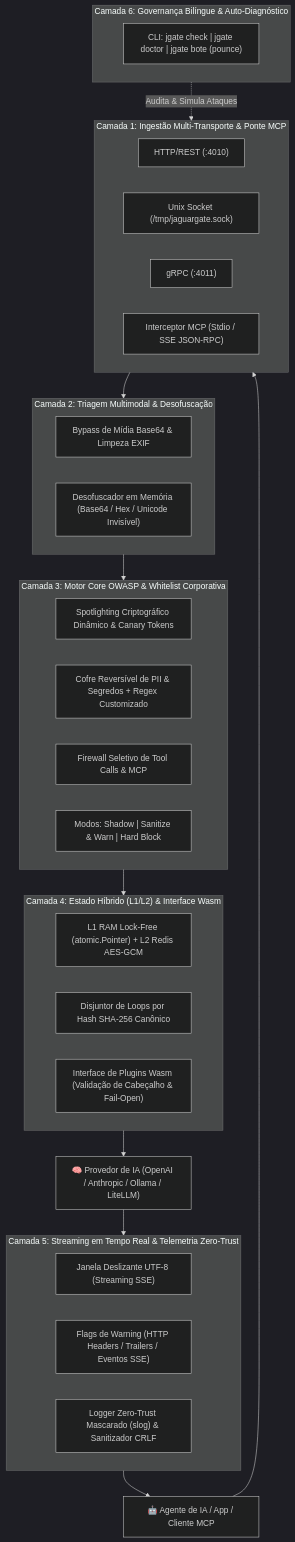
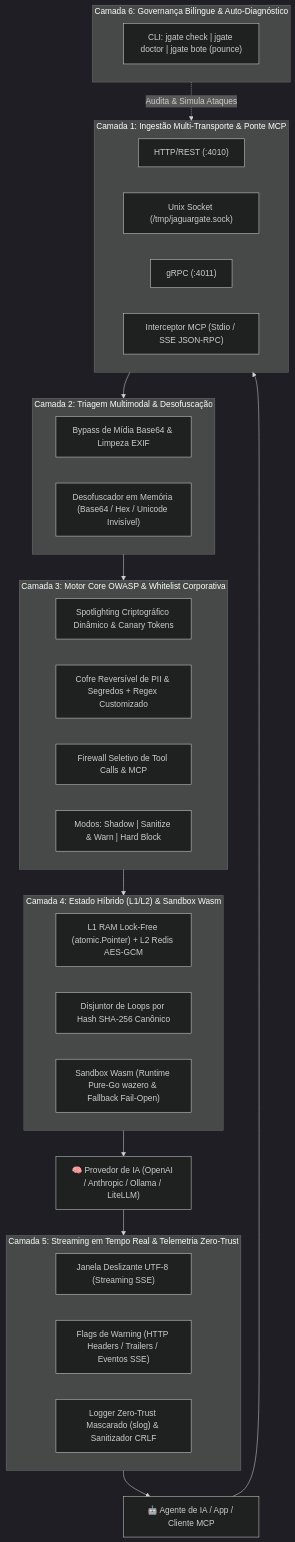
One commit to andrewbraga1/jaguargate changed the diagram in README_pt-BR.md. Above: the diagram before and after it, drawn with Mermaid (dark theme). The commit also changed 6 other files, not shown here.

Commit message:
feat(sandbox): integrate wazero pure-Go WebAssembly runtime for real wasm policy execution

````diff
--- a/README_pt-BR.md
+++ b/README_pt-BR.md
@@ -34,45 +34,45 @@
 ```mermaid
 flowchart TD
     Client["🤖 Agente de IA / App / Cliente MCP"]
 
     subgraph L1["Camada 1: Ingestão Multi-Transporte & Ponte MCP"]
         HTTP["HTTP/REST (:4010)"]
         UDS["Unix Socket (/tmp/jaguargate.sock)"]
         GRPC["gRPC (:4011)"]
         MCP["Interceptor MCP (Stdio / SSE JSON-RPC)"]
     end
 
     subgraph L2["Camada 2: Triagem Multimodal & Desofuscação"]
         Media["Bypass de Mídia Base64 & Limpeza EXIF"]
         Deob["Desofuscador em Memória (Base64 / Hex / Unicode Invisível)"]
     end
 
     subgraph L3["Camada 3: Motor Core OWASP & Whitelist Corporativa"]
         Spot["Spotlighting Criptográfico Dinâmico & Canary Tokens"]
         Vault["Cofre Reversível de PII & Segredos + Regex Customizado"]
         Tools["Firewall Seletivo de Tool Calls & MCP"]
         Modes["Modos: Shadow | Sanitize & Warn | Hard Block"]
     end
 
-    subgraph L4["Camada 4: Estado Híbrido (L1/L2) & Interface Wasm"]
+    subgraph L4["Camada 4: Estado Híbrido (L1/L2) & Sandbox Wasm"]
         State["L1 RAM Lock-Free (atomic.Pointer) + L2 Redis AES-GCM"]
         Loop["Disjuntor de Loops por Hash SHA-256 Canônico"]
-        Wasm["Interface de Plugins Wasm (Validação de Cabeçalho & Fail-Open)"]
+        Wasm["Sandbox Wasm (Runtime Pure-Go wazero & Fallback Fail-Open)"]
     end
 
     subgraph L5["Camada 5: Streaming em Tempo Real & Telemetria Zero-Trust"]
         Slide["Janela Deslizante UTF-8 (Streaming SSE)"]
         Flags["Flags de Warning (HTTP Headers / Trailers / Eventos SSE)"]
         Logs["Logger Zero-Trust Mascarado (slog) & Sanitizador CRLF"]
     end
 
     subgraph L6["Camada 6: Governança Bilíngue & Auto-Diagnóstico"]
         CLI["CLI: jgate check | jgate doctor | jgate bote (pounce)"]
     end
 
     Upstream["🧠 Provedor de IA (OpenAI / Anthropic / Ollama / LiteLLM)"]
 
     Client --> L1 --> L2 --> L3 --> L4 --> Upstream
     Upstream --> L5 --> Client
     L6 -.->|"Audita & Simula Ataques"| L1
 ```
````
